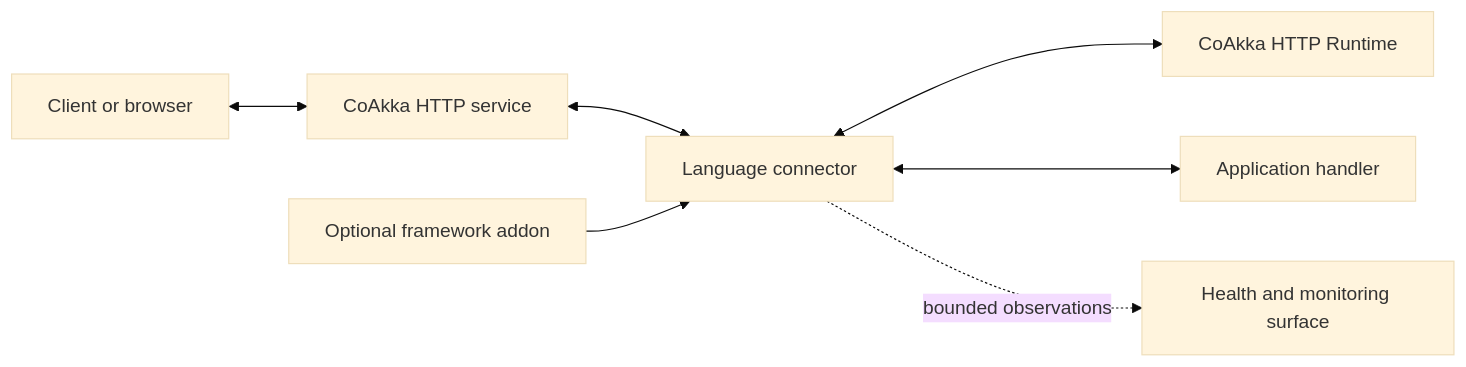
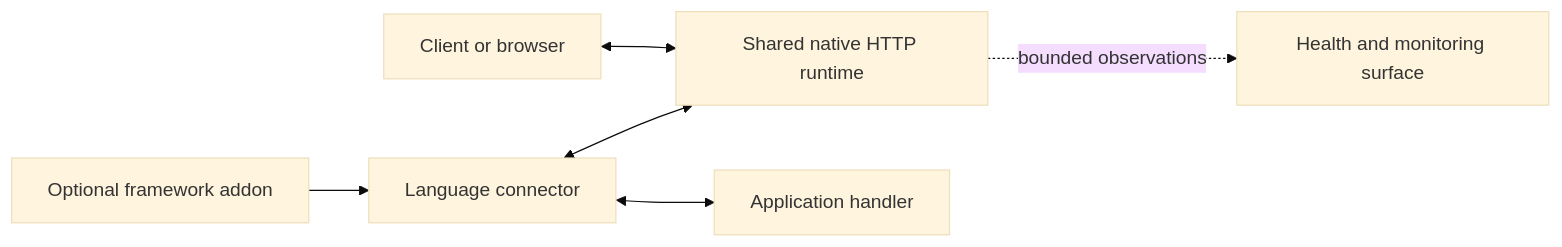
The second of 4 diagrams in coakka-http-runtime/README.md (phuong-tran/coakka-publish), drawn with Mermaid (base theme) before and after one commit. The commit also changed other lines of this file and 35 other files, not shown here.

Commit message:
Clarify Runtime-first navigation and shared HTTP runtime benefits

````diff
--- a/coakka-http-runtime/README.md
+++ b/coakka-http-runtime/README.md
@@ -142,17 +160,15 @@
 ```mermaid
 flowchart LR
     Client[Client or browser]
-    Service[CoAkka HTTP service]
     Connector[Language connector]
-    runtime[CoAkka HTTP Runtime]
+    runtime[Shared native HTTP runtime]
     Handler[Application handler]
     Monitor[Health and monitoring surface]
     Addon[Optional framework addon]
 
-    Client <--> Service
-    Service <--> Connector
+    Client <--> runtime
     Connector <--> runtime
     Connector <--> Handler
-    Connector -. bounded observations .-> Monitor
+    runtime -. bounded observations .-> Monitor
     Addon --> Connector
 ```
````
